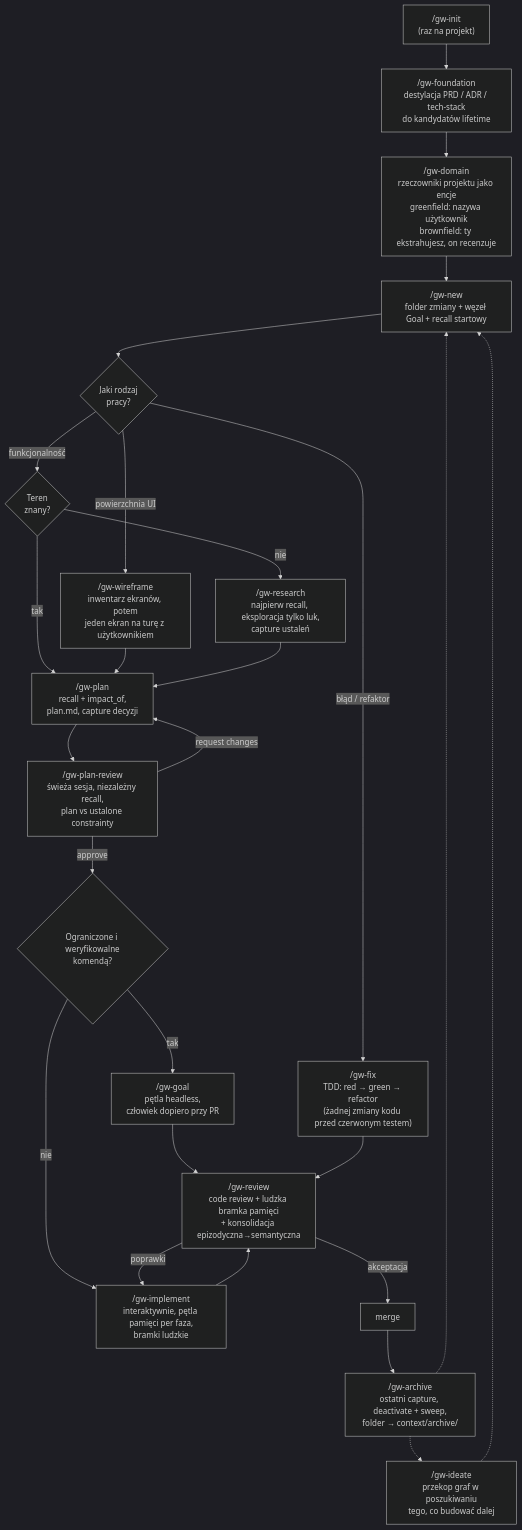
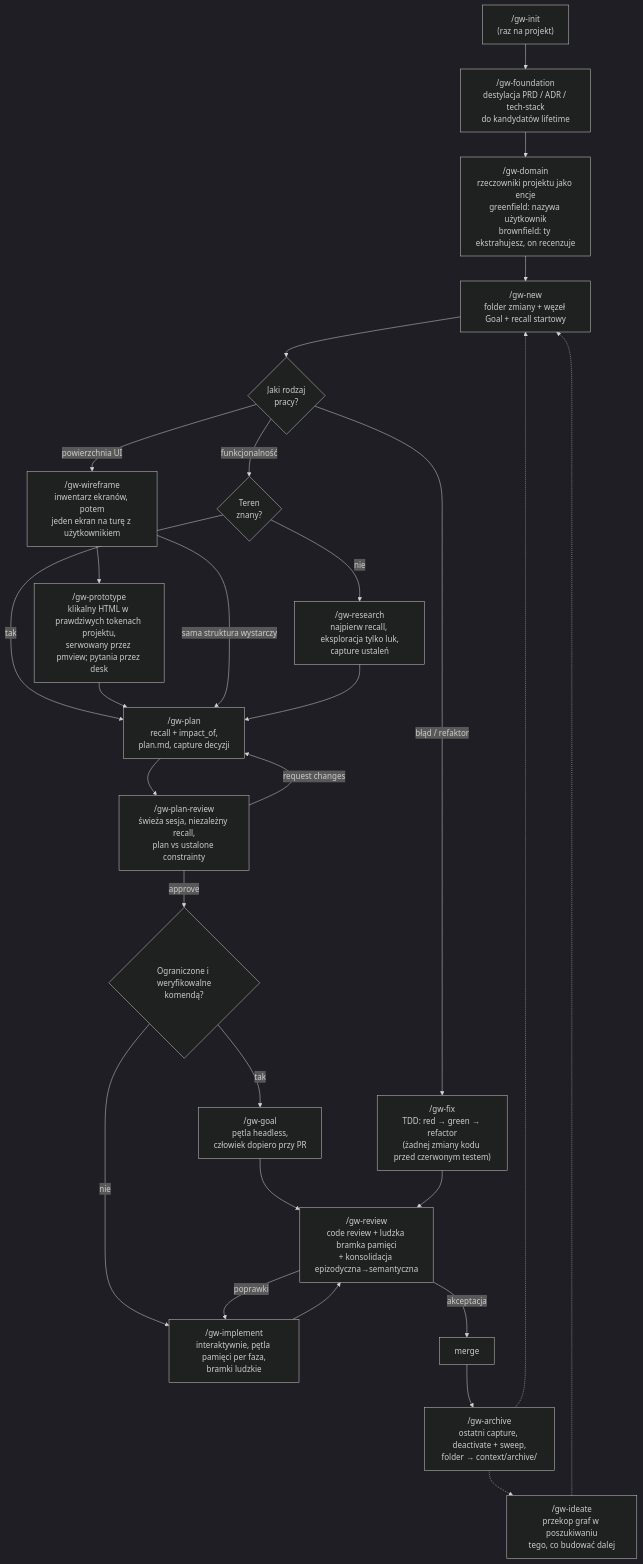
The first of 5 diagrams in docs/USAGE.pl.md (mt3o-dev/graph-workflow), drawn with Mermaid (dark theme) before and after one commit. The commit also changed other lines of this file and 18 other files, not shown here.

````diff
--- a/docs/USAGE.pl.md
+++ b/docs/USAGE.pl.md
@@ -22,28 +22,30 @@
 ```mermaid
 flowchart TD
     INIT["/gw-init<br/>(raz na projekt)"] --> FOUND["/gw-foundation<br/>destylacja PRD / ADR / tech-stack<br/>do kandydatów lifetime"]
     FOUND --> DOM["/gw-domain<br/>rzeczowniki projektu jako encje<br/>greenfield: nazywa użytkownik<br/>brownfield: ty ekstrahujesz, on recenzuje"]
     DOM --> NEW["/gw-new<br/>folder zmiany + węzeł Goal + recall startowy"]
     NEW --> KIND{Jaki rodzaj<br/>pracy?}
     KIND -- "błąd / refaktor" --> FIX["/gw-fix<br/>TDD: red → green → refactor<br/>(żadnej zmiany kodu przed czerwonym testem)"]
     KIND -- "powierzchnia UI" --> WIRE["/gw-wireframe<br/>inwentarz ekranów, potem<br/>jeden ekran na turę z użytkownikiem"]
     KIND -- "funkcjonalność" --> Q{Teren<br/>znany?}
     Q -- "nie" --> RES["/gw-research<br/>najpierw recall, eksploracja tylko luk,<br/>capture ustaleń"]
     Q -- "tak" --> PLAN
-    WIRE --> PLAN
+    WIRE --> PROTO["/gw-prototype<br/>klikalny HTML w prawdziwych tokenach projektu,<br/>serwowany przez pmview; pytania przez desk"]
+  PROTO --> PLAN
+  WIRE -- "sama struktura wystarczy" --> PLAN
     RES --> PLAN["/gw-plan<br/>recall + impact_of,<br/>plan.md, capture decyzji"]
     PLAN --> PLANREV["/gw-plan-review<br/>świeża sesja, niezależny recall,<br/>plan vs ustalone constrainty"]
     PLANREV -- "request changes" --> PLAN
     PLANREV -- "approve" --> MODE{Ograniczone i weryfikowalne<br/>komendą?}
     MODE -- "nie" --> IMPL["/gw-implement<br/>interaktywnie, pętla pamięci per faza,<br/>bramki ludzkie"]
     MODE -- "tak" --> GOAL["/gw-goal<br/>pętla headless,<br/>człowiek dopiero przy PR"]
     IMPL --> REV["/gw-review<br/>code review + ludzka bramka pamięci<br/>+ konsolidacja epizodyczna→semantyczna"]
     GOAL --> REV
     FIX --> REV
     REV -- "poprawki" --> IMPL
     REV -- "akceptacja" --> MERGE["merge"]
     MERGE --> ARCH["/gw-archive<br/>ostatni capture, deactivate + sweep,<br/>folder → context/archive/"]
     ARCH -.-> NEW
     ARCH -.-> IDEA["/gw-ideate<br/>przekop graf w poszukiwaniu<br/>tego, co budować dalej"]
     IDEA -.-> NEW
 ```
````
